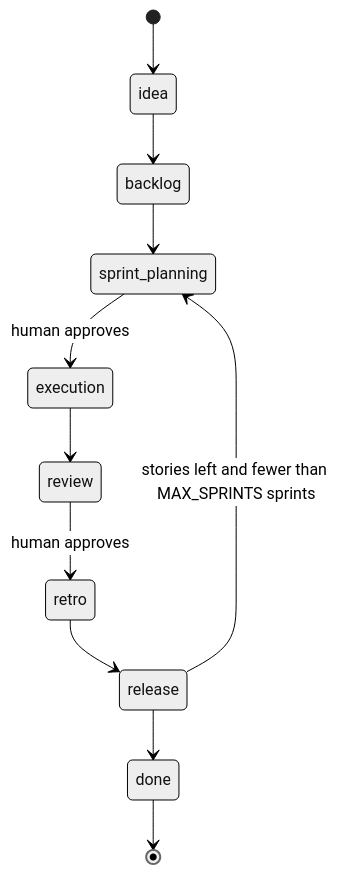
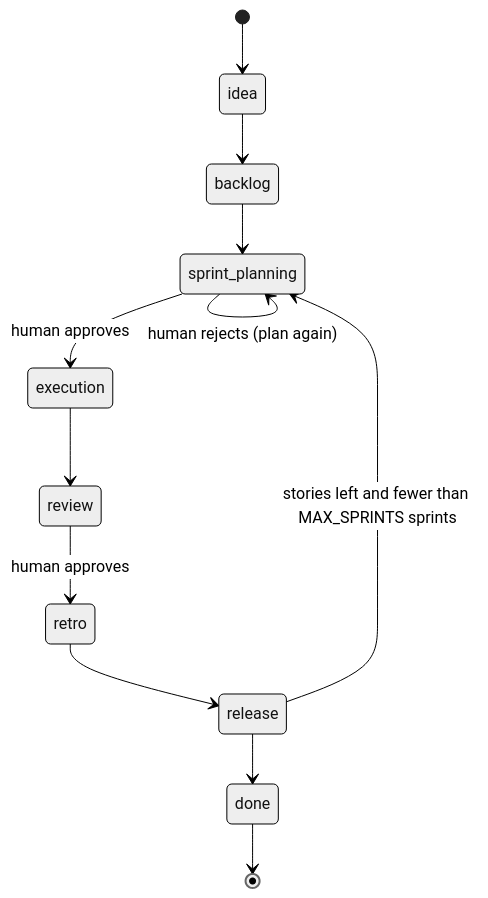
Before and after one commit to Muniya-64bit/scrum-agents-workbench: the second of 5 diagrams in docs/architecture.md, drawn with Mermaid (neutral theme). The commit also changed other lines of this file and 2 other files, not shown here.

First line of the commit message:
Update the architecture doc and README to match the current system

````diff
--- a/docs/architecture.md
+++ b/docs/architecture.md
@@ -38,13 +70,14 @@
 ```mermaid
 stateDiagram-v2
   [*] --> idea
   idea --> backlog
   backlog --> sprint_planning
+  sprint_planning --> sprint_planning: human rejects (plan again)
   sprint_planning --> execution: human approves
   execution --> review
   review --> retro: human approves
   retro --> release
   release --> sprint_planning: stories left and fewer than MAX_SPRINTS sprints
   release --> done
   done --> [*]
 ```
````
